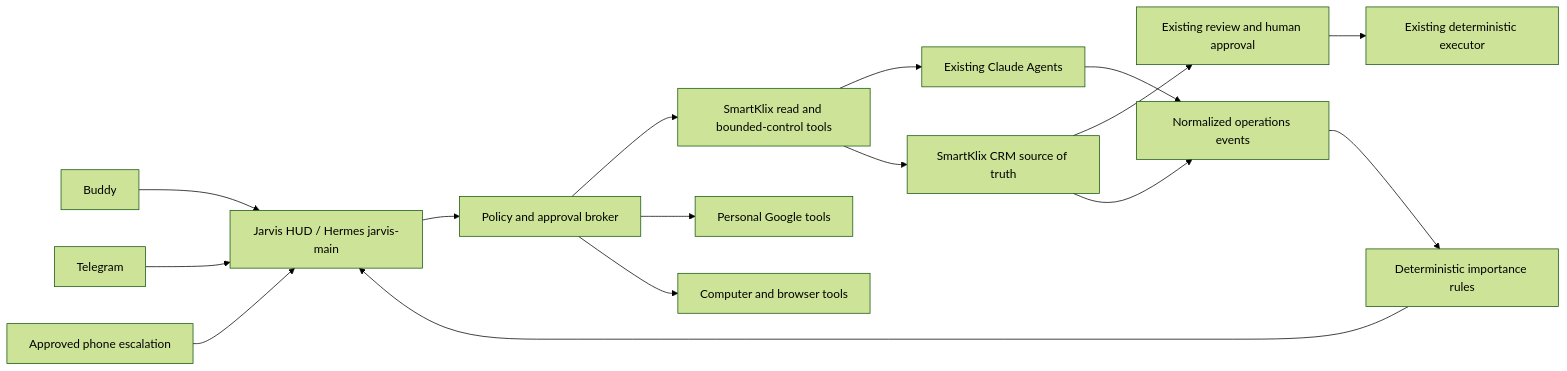
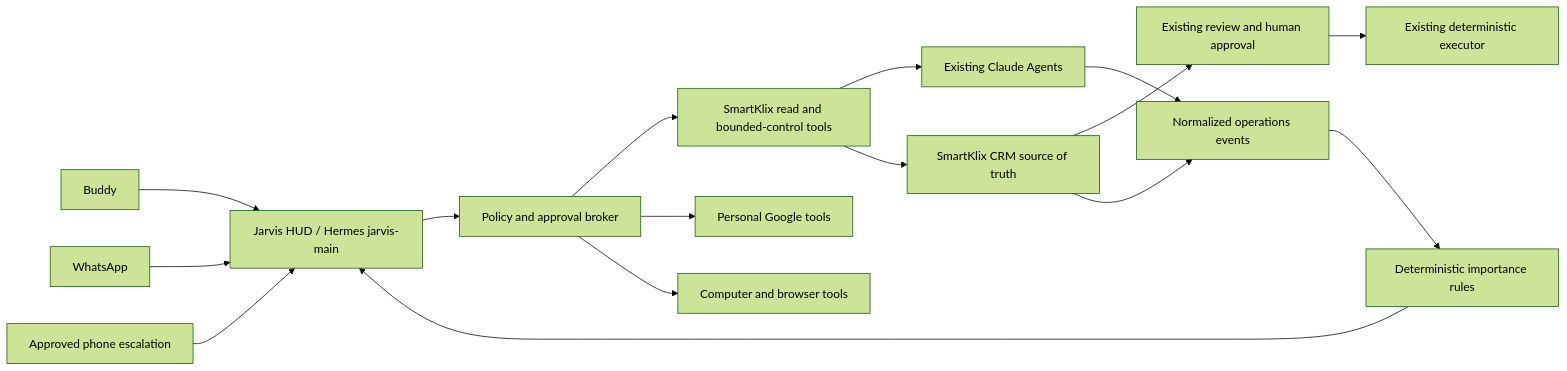
The diagram in docs/JARVIS-OPERATOR-CASE-STUDY-ROADMAP.md (topautoadvisorsg-prog/jarvis), drawn with Mermaid (forest theme) before and after one commit. The commit also changed other lines of this file and 1 other file, not shown here.

Commit message:
docs: reprioritize WhatsApp and second-brain pilot

````diff
--- a/docs/JARVIS-OPERATOR-CASE-STUDY-ROADMAP.md
+++ b/docs/JARVIS-OPERATOR-CASE-STUDY-ROADMAP.md
@@ -16,21 +16,21 @@
 ```mermaid
 flowchart LR
     B[Buddy] --> J[Jarvis HUD / Hermes jarvis-main]
-    T[Telegram] --> J
+    W[WhatsApp] --> J
     P[Approved phone escalation] --> J
 
     J --> PB[Policy and approval broker]
     PB --> S[SmartKlix read and bounded-control tools]
     PB --> G[Personal Google tools]
     PB --> C[Computer and browser tools]
 
     S --> A[Existing Claude Agents]
     S --> R[SmartKlix CRM source of truth]
     R --> V[Existing review and human approval]
     V --> E[Existing deterministic executor]
 
     R --> EV[Normalized operations events]
     A --> EV
     EV --> IR[Deterministic importance rules]
     IR --> J
 ```
````
